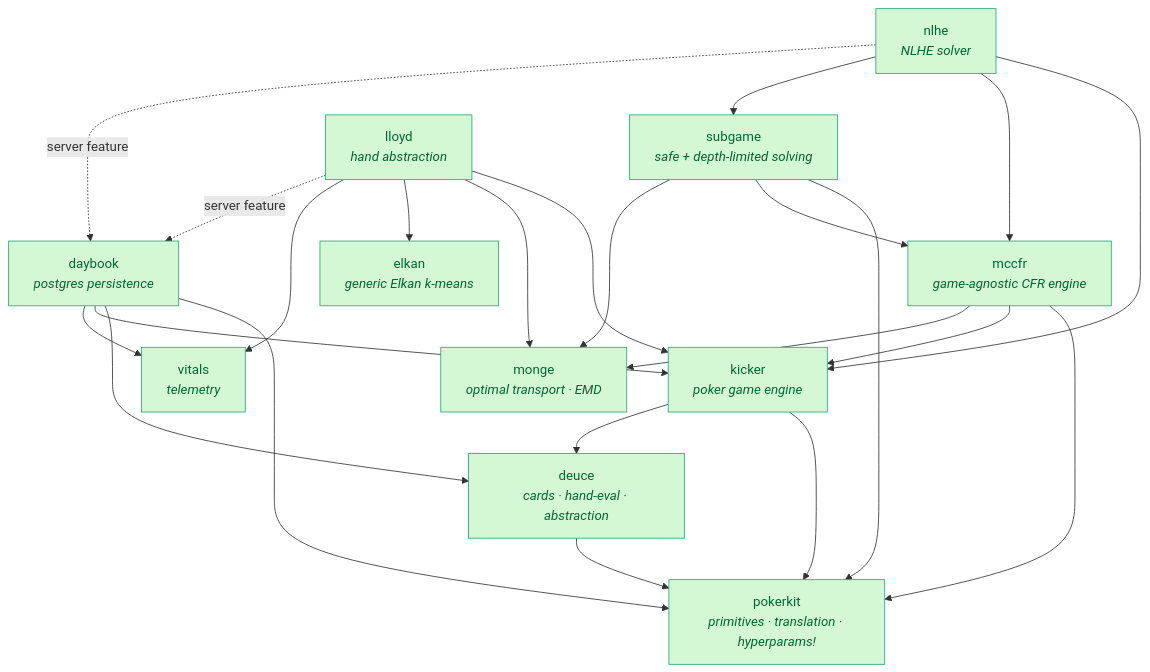
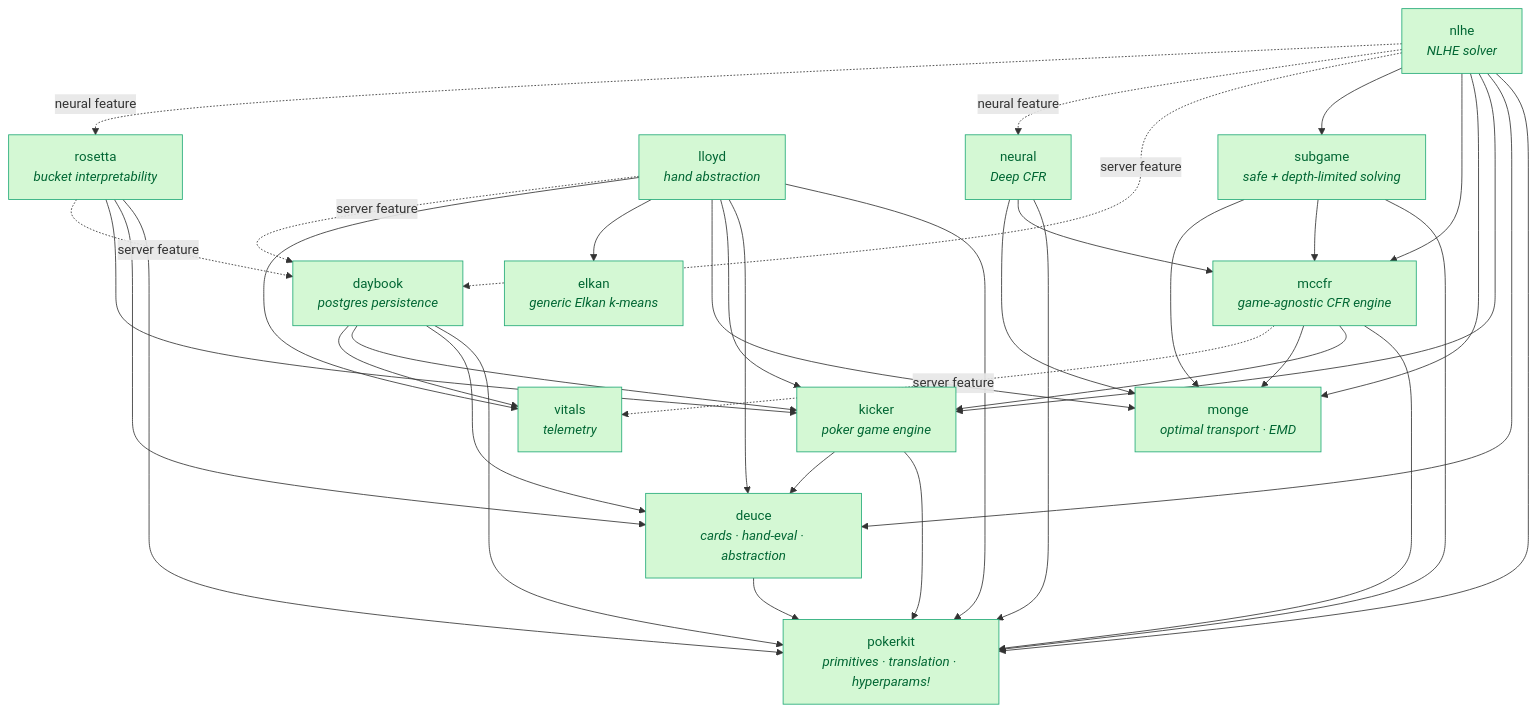
Before and after one commit to zqf20096327/ai_collect: the second of 2 diagrams in data/readmes/krukah__robopoker.md, drawn with Mermaid. The commit also changed other lines of this file and 1647 other files, not shown here.

````diff
--- a/data/readmes/krukah__robopoker.md
+++ b/data/readmes/krukah__robopoker.md
@@ -151,40 +231,57 @@
 ```mermaid
 graph TD
   classDef pub fill:#d4f8d4,stroke:#2a7,color:#063
   pokerkit["pokerkit<br/><i>primitives · translation · hyperparams!</i>"]
   deuce["deuce<br/><i>cards · hand-eval · abstraction</i>"]
   monge["monge<br/><i>optimal transport · EMD</i>"]
   kicker["kicker<br/><i>poker game engine</i>"]
   mccfr["mccfr<br/><i>game-agnostic CFR engine</i>"]
   subgame["subgame<br/><i>safe + depth-limited solving</i>"]
   elkan["elkan<br/><i>generic Elkan k-means</i>"]
   vitals["vitals<br/><i>telemetry</i>"]
   daybook["daybook<br/><i>postgres persistence</i>"]
   lloyd["lloyd<br/><i>hand abstraction</i>"]
   nlhe["nlhe<br/><i>NLHE solver</i>"]
+  neural["neural<br/><i>Deep CFR</i>"]
+  rosetta["rosetta<br/><i>bucket interpretability</i>"]
 
   deuce --> pokerkit
   kicker --> pokerkit
   kicker --> deuce
   mccfr --> pokerkit
   mccfr --> kicker
   mccfr --> monge
+  mccfr -.->|"server feature"| vitals
   subgame --> pokerkit
   subgame --> mccfr
   subgame --> monge
   daybook --> pokerkit
   daybook --> deuce
   daybook --> kicker
   daybook --> vitals
+  lloyd --> pokerkit
+  lloyd --> deuce
   lloyd --> kicker
   lloyd --> monge
   lloyd --> elkan
   lloyd --> vitals
+  nlhe --> pokerkit
+  nlhe --> deuce
   nlhe --> kicker
+  nlhe --> monge
   nlhe --> mccfr
   nlhe --> subgame
+  neural --> pokerkit
+  neural --> mccfr
+  neural --> monge
   nlhe -.->|"server feature"| daybook
+  rosetta --> pokerkit
+  rosetta --> deuce
+  rosetta --> kicker
+  nlhe -.->|"neural feature"| neural
+  nlhe -.->|"neural feature"| rosetta
+  rosetta -.->|"server feature"| daybook
   lloyd -.->|"server feature"| daybook
 
-  class pokerkit,deuce,monge,kicker,mccfr,subgame,elkan,vitals,daybook,nlhe,lloyd pub
+  class pokerkit,deuce,monge,kicker,mccfr,subgame,elkan,vitals,daybook,nlhe,lloyd,neural,rosetta pub
 ```
````
